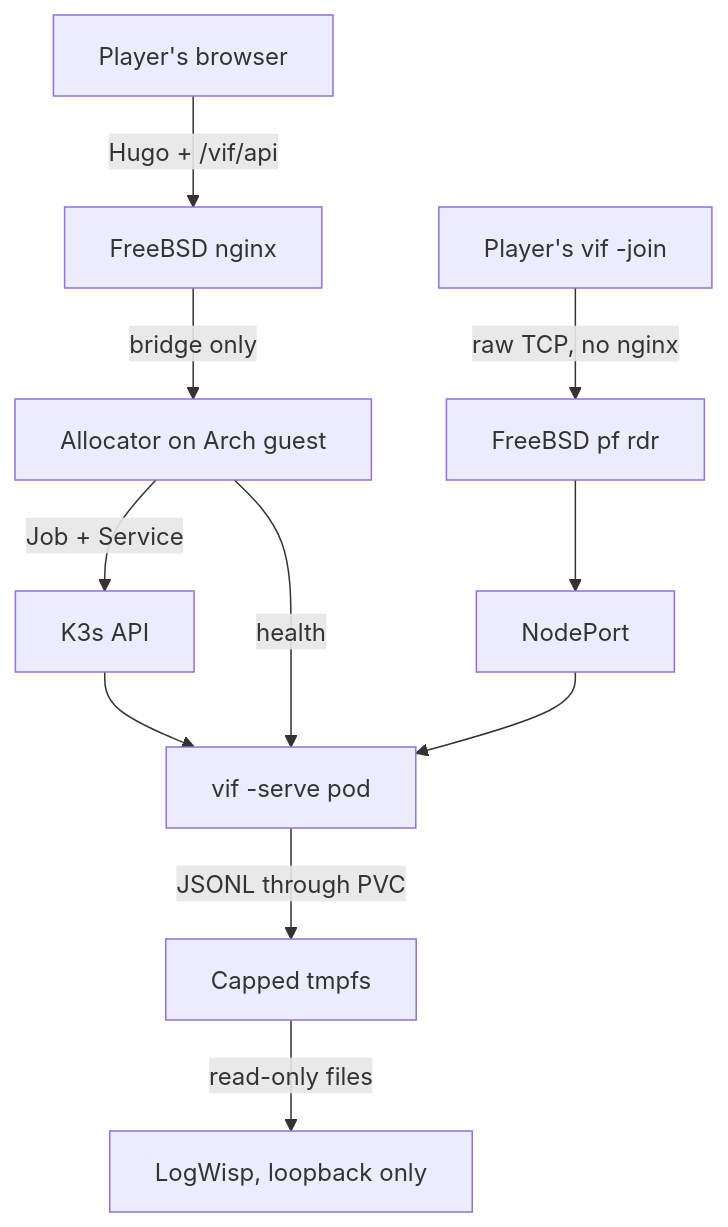
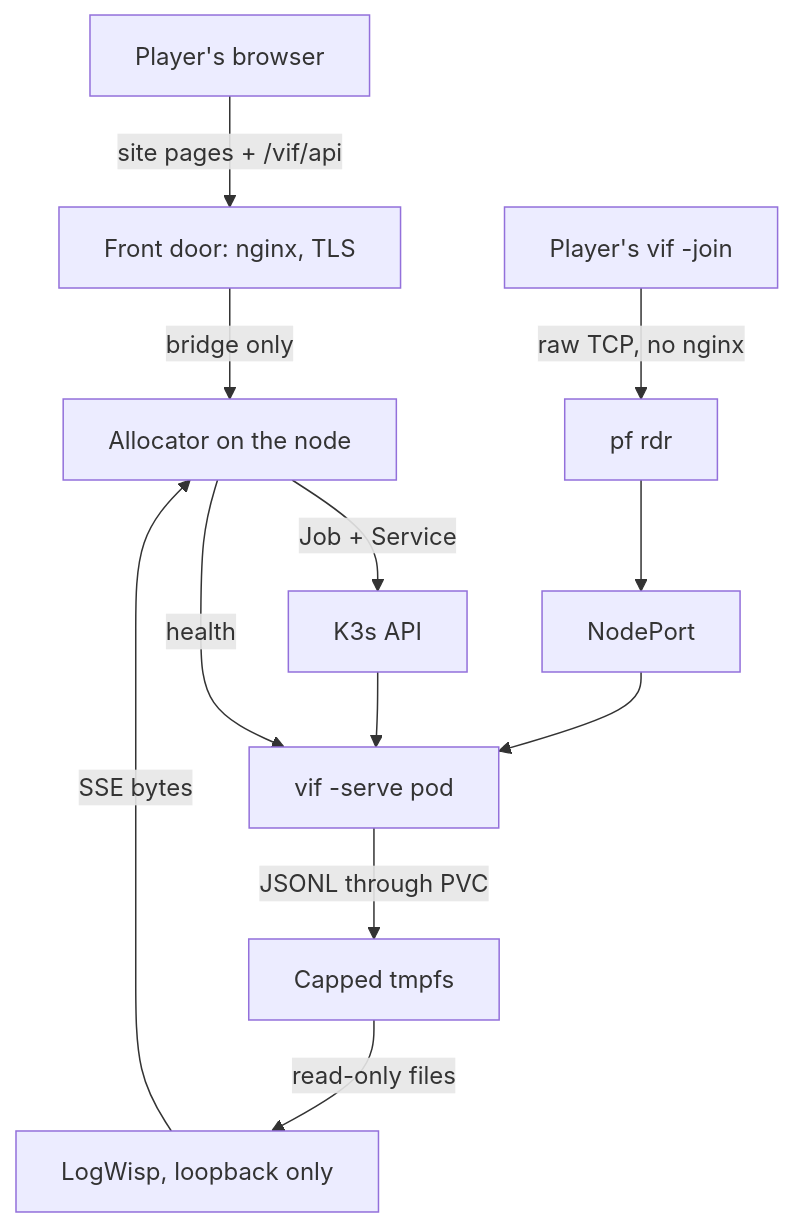
The diagram in doc/kube_docker_deploy.md (lixenwraith/vi-fighter), drawn with Mermaid before and after one commit. The commit also changed other lines of this file and 16 other files, not shown here.

````diff
--- a/doc/kube_docker_deploy.md
+++ b/doc/kube_docker_deploy.md
@@ -47,11 +42,12 @@
 ```mermaid
 flowchart TD
-    Browser["Player's browser"] -->|"Hugo + /vif/api"| Site["FreeBSD nginx"]
-    Site -->|"bridge only"| Alloc["Allocator on Arch guest"]
+    Browser["Player's browser"] -->|"site pages + /vif/api"| Site["Front door: nginx, TLS"]
+    Site -->|"bridge only"| Alloc["Allocator on the node"]
     Alloc -->|"Job + Service"| API["K3s API"]
     API --> Pod["vif -serve pod"]
     Alloc -->|"health"| Pod
-    Term["Player's vif -join"] -->|"raw TCP, no nginx"| PF["FreeBSD pf rdr"] --> NP["NodePort"] --> Pod
+    Term["Player's vif -join"] -->|"raw TCP, no nginx"| PF["pf rdr"] --> NP["NodePort"] --> Pod
     Pod -->|"JSONL through PVC"| Log["Capped tmpfs"]
     Log -->|"read-only files"| Wisp["LogWisp, loopback only"]
+    Wisp -->|"SSE bytes"| Alloc
 ```
````
